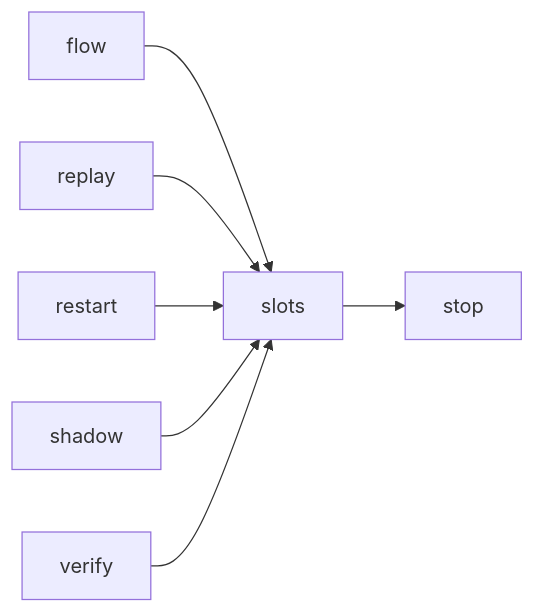
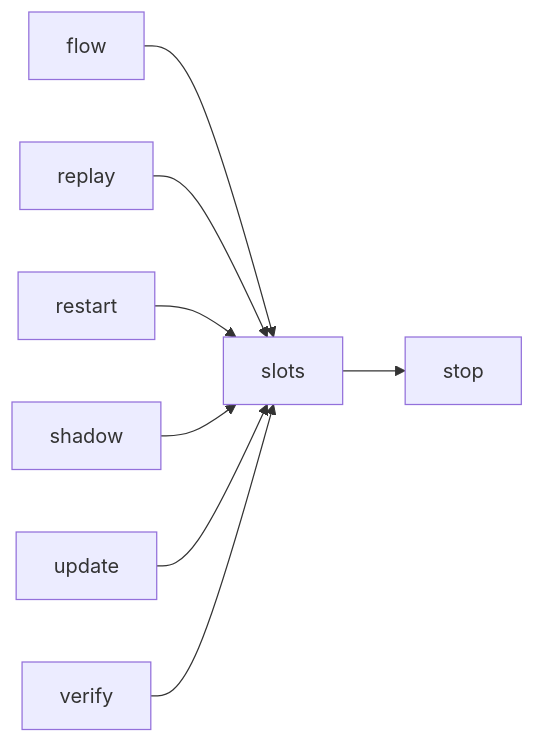
The third of 3 diagrams in docs/architecture/modules/slots.md (plaplanche/ariane), drawn with Mermaid before and after one commit. The commit also changed 33 other files, not shown here.

````diff
--- a/docs/architecture/modules/slots.md
+++ b/docs/architecture/modules/slots.md
@@ -54,9 +54,10 @@
 ```mermaid
 flowchart LR
   flow --> slots
   replay --> slots
   restart --> slots
   shadow --> slots
   slots --> stop
+  update --> slots
   verify --> slots
 ```
````
